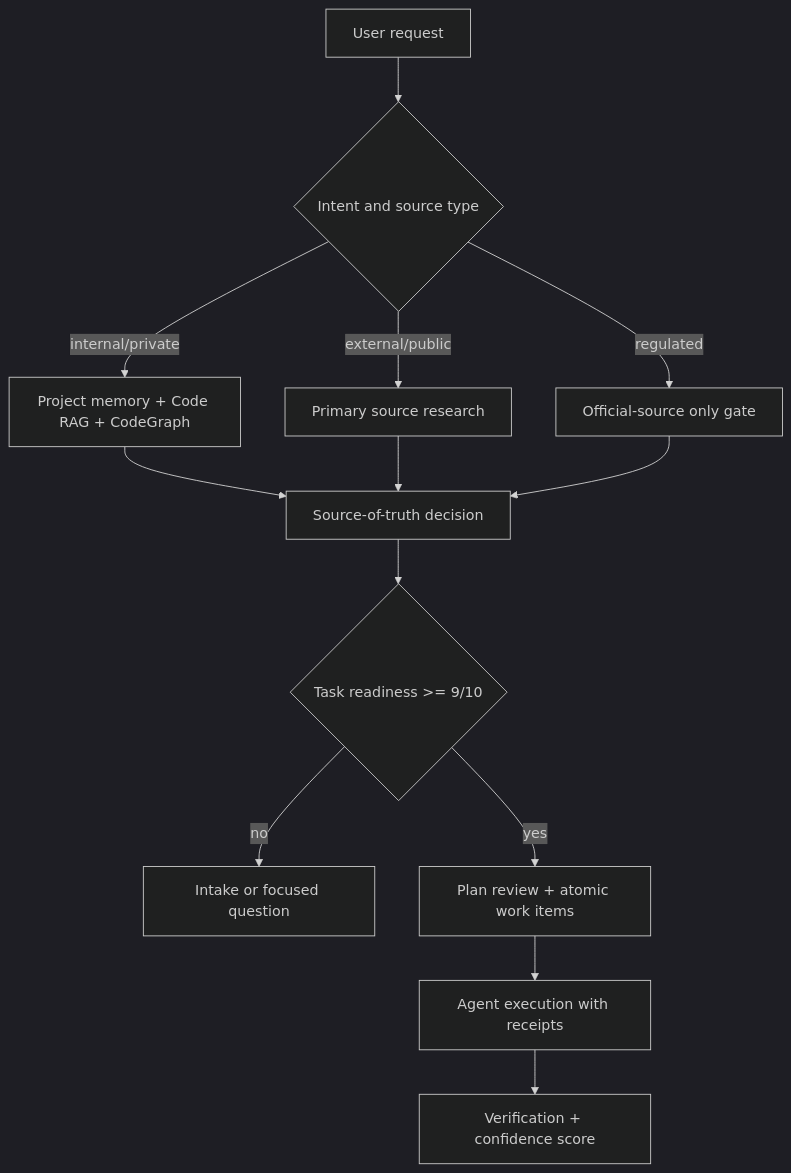
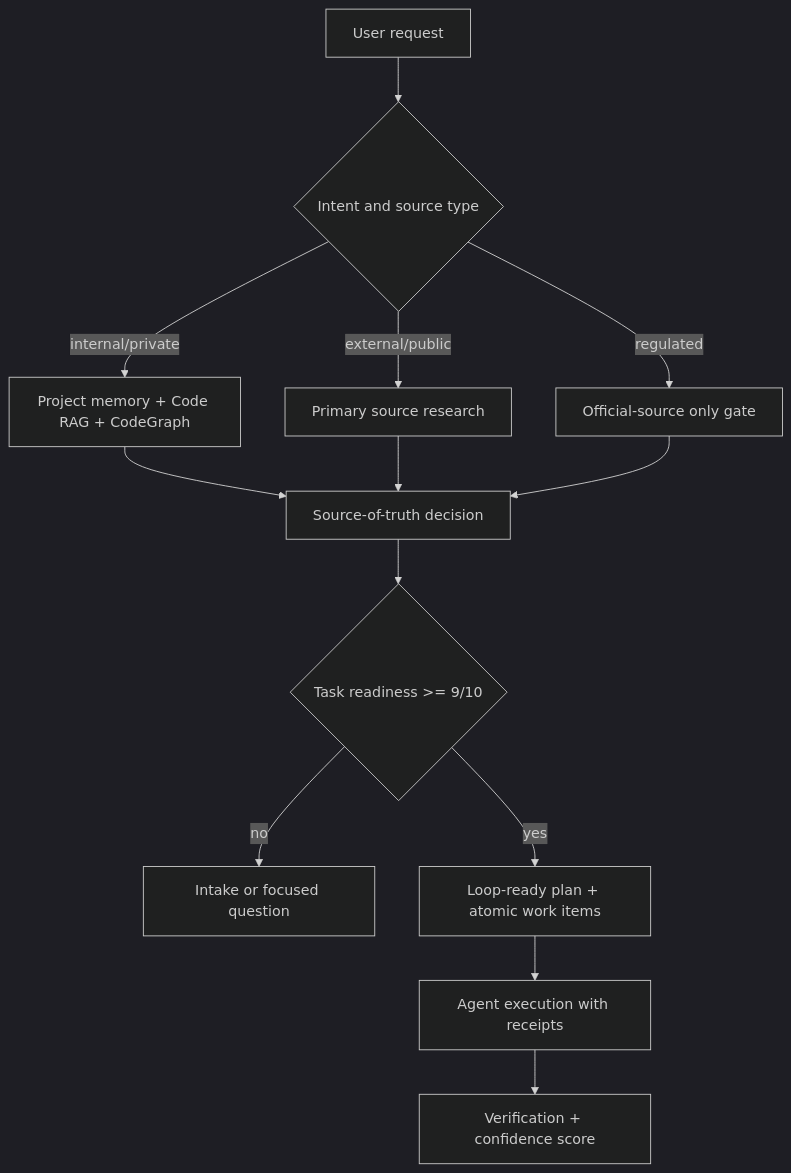
Before and after one commit to vTRKA/supervibe: the diagram in docs/references/agent-system-coverage-matrix.md, drawn with Mermaid (dark theme). The commit also changed other lines of this file and 113 other files, not shown here.

````diff
--- a/docs/references/agent-system-coverage-matrix.md
+++ b/docs/references/agent-system-coverage-matrix.md
@@ -90,17 +90,17 @@
 ```mermaid
 flowchart TD
   accTitle: Supervibe audit and task readiness flow
-  accDescr: Request moves through intent routing, source selection, evidence validation, planning, review, and agent execution only after readiness gates pass.
+  accDescr: Request moves through intent routing, source selection, evidence validation, loop-ready planning, user-approved graph creation, and agent execution after readiness gates pass.
   A[User request] --> B{Intent and source type}
   B -->|internal/private| C[Project memory + Code RAG + CodeGraph]
   B -->|external/public| D[Primary source research]
   B -->|regulated| E[Official-source only gate]
   C --> F[Source-of-truth decision]
   D --> F
   E --> F
   F --> G{Task readiness >= 9/10}
   G -->|no| H[Intake or focused question]
-  G -->|yes| I[Plan review + atomic work items]
+  G -->|yes| I[Loop-ready plan + atomic work items]
   I --> J[Agent execution with receipts]
   J --> K[Verification + confidence score]
 ```
````
